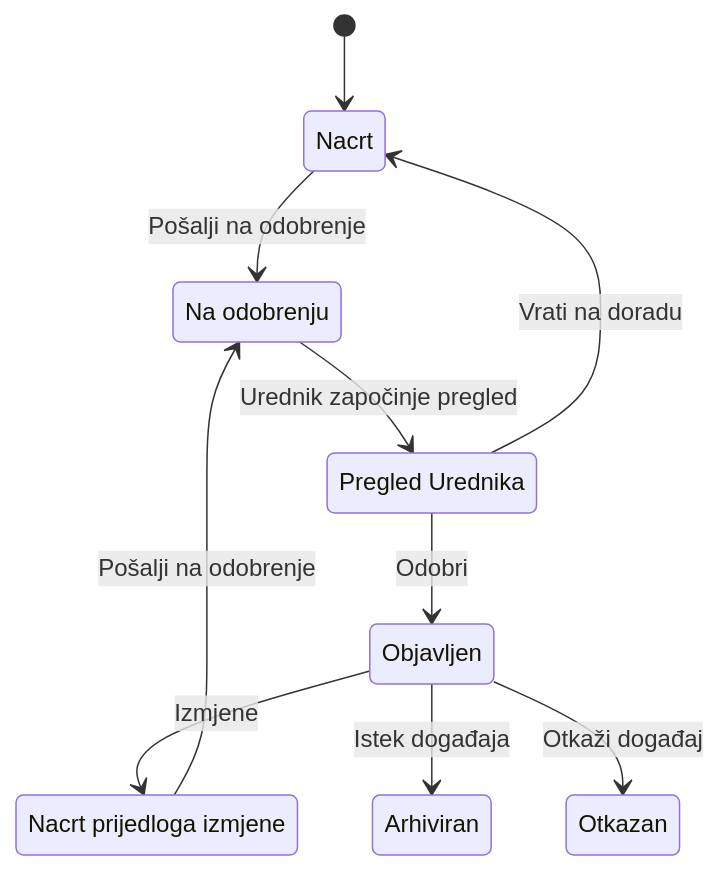
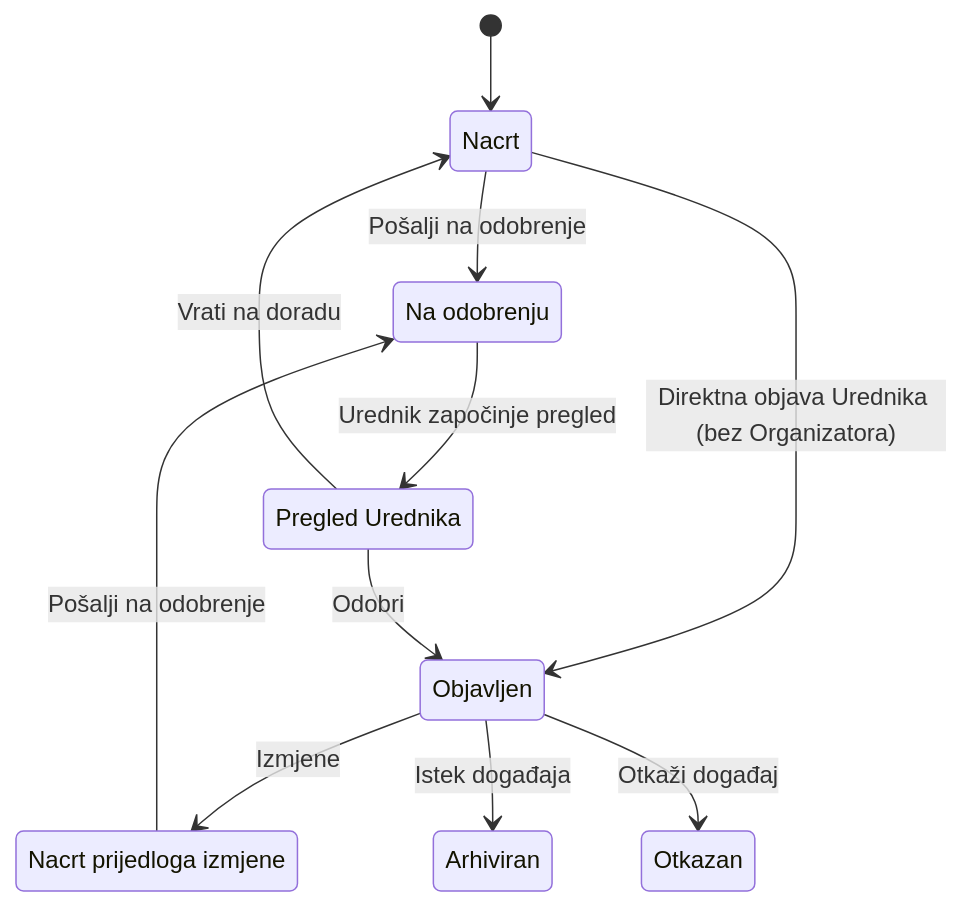
The diagram in docs/functional-specification/Functional-Specification.md (GoranOpK/digital.kotor.me), drawn with Mermaid before and after one commit. The commit also changed other lines of this file and 2 other files, not shown here.

````diff
--- a/docs/functional-specification/Functional-Specification.md
+++ b/docs/functional-specification/Functional-Specification.md
@@ -1127,19 +1193,20 @@
 ```mermaid
 stateDiagram-v2
     [*] --> Nacrt
 
     Nacrt --> Na_odobrenju : Pošalji na odobrenje
+    Nacrt --> Objavljen : Direktna objava Urednika (bez Organizatora)
     Na_odobrenju --> Pregled_Urednika : Urednik započinje pregled
     Pregled_Urednika --> Objavljen : Odobri
     Pregled_Urednika --> Nacrt : Vrati na doradu
 
     Objavljen --> Nacrt_prijedloga_izmjene : Izmjene
     Nacrt_prijedloga_izmjene --> Na_odobrenju : Pošalji na odobrenje
 
     Objavljen --> Arhiviran : Istek događaja
     Objavljen --> Otkazan : Otkaži događaj
 
     state "Na odobrenju" as Na_odobrenju
     state "Pregled Urednika" as Pregled_Urednika
     state "Nacrt prijedloga izmjene" as Nacrt_prijedloga_izmjene
 ```
````
